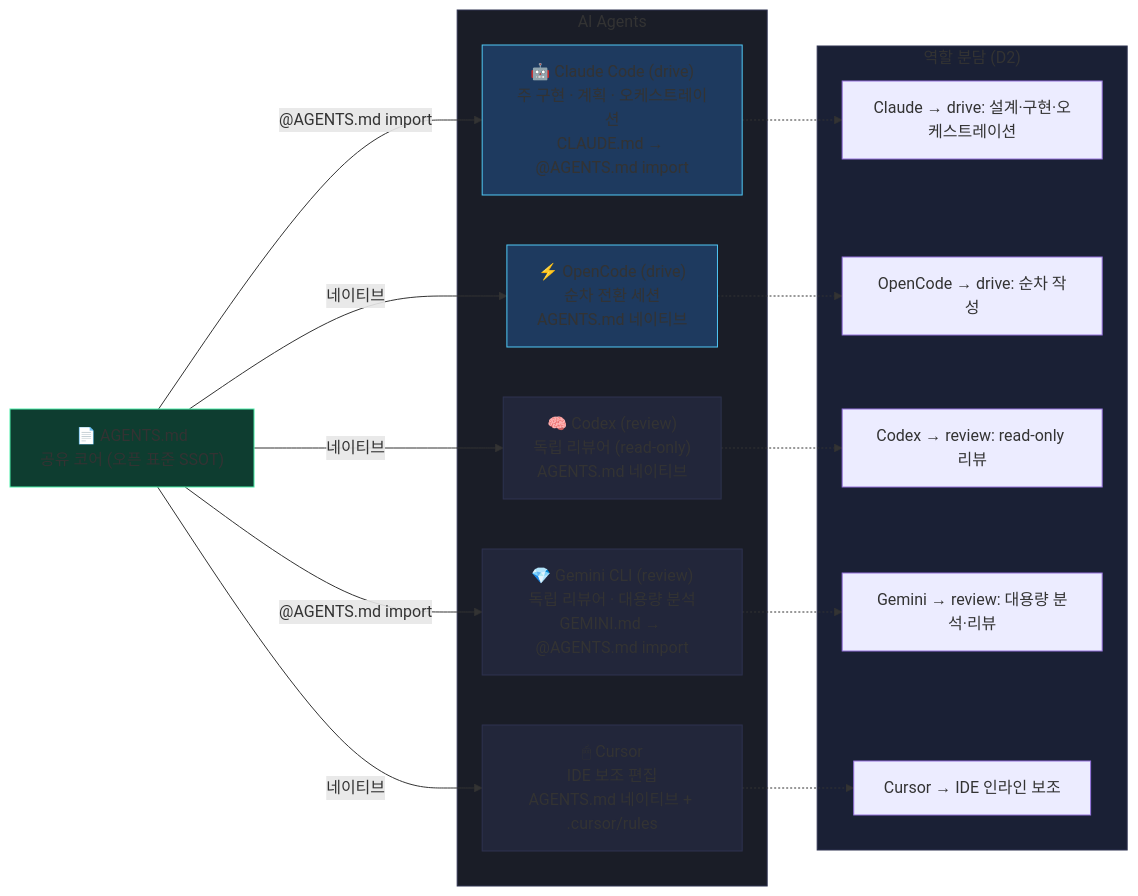
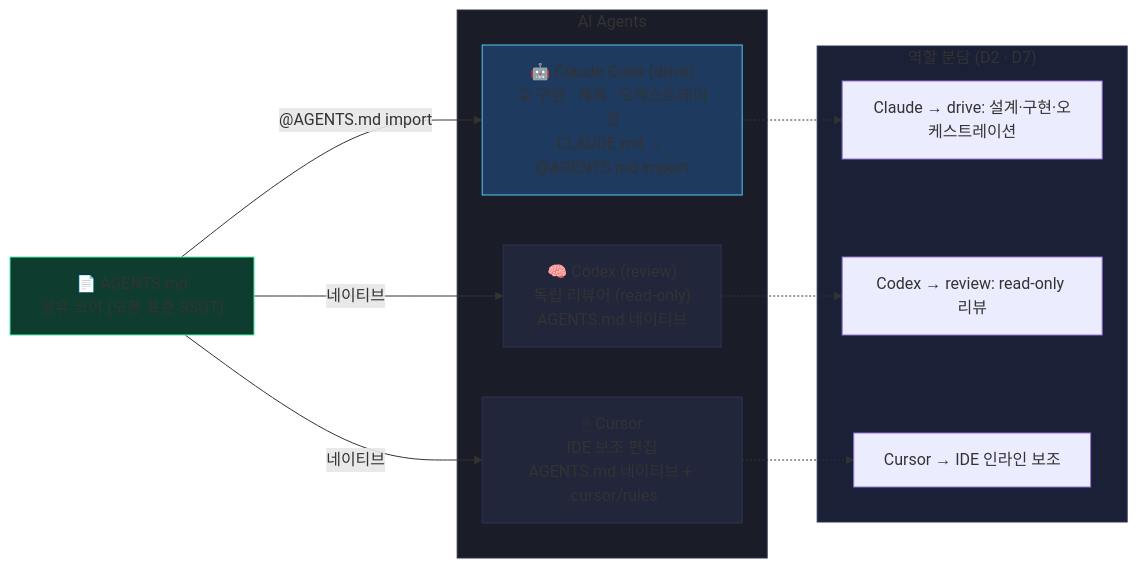
Before and after one commit to bd-makers/team-harness: the diagram in docs/diagrams/harness-overview/subagents.mmd, drawn with Mermaid. The commit also changed 121 other files, not shown here.

First line of the commit message:
feat!: apply 삭제·OpenCode/Gemini 멤버 제외(D7) + 2026-09-03 감사 발견 수정

```diff
--- a/docs/diagrams/harness-overview/subagents.mmd
+++ b/docs/diagrams/harness-overview/subagents.mmd
@@ -1,39 +1,29 @@
 graph LR
     SSOT["📄 AGENTS.md\n공유 코어 (오픈 표준 SSOT)"]
 
     subgraph AGENTS["AI Agents"]
         CLAUDE_A["🤖 Claude Code (drive)\n주 구현 · 계획 · 오케스트레이션\nCLAUDE.md → @AGENTS.md import"]
-        OPENCODE_A["⚡ OpenCode (drive)\n순차 전환 세션\nAGENTS.md 네이티브"]
         CODEX_A["🧠 Codex (review)\n독립 리뷰어 (read-only)\nAGENTS.md 네이티브"]
-        GEMINI_A["💎 Gemini CLI (review)\n독립 리뷰어 · 대용량 분석\nGEMINI.md → @AGENTS.md import"]
         CURSOR_A["🖱 Cursor\nIDE 보조 편집\nAGENTS.md 네이티브 + .cursor/rules"]
     end
 
-    subgraph ROLES["역할 분담 (D2)"]
+    subgraph ROLES["역할 분담 (D2 · D7)"]
         R1["Claude → drive: 설계·구현·오케스트레이션"]
-        R2["OpenCode → drive: 순차 작성"]
         R3["Codex → review: read-only 리뷰"]
-        R4["Gemini → review: 대용량 분석·리뷰"]
         R5["Cursor → IDE 인라인 보조"]
     end
 
     SSOT -->|"@AGENTS.md import"| CLAUDE_A
-    SSOT -->|네이티브| OPENCODE_A
     SSOT -->|네이티브| CODEX_A
-    SSOT -->|"@AGENTS.md import"| GEMINI_A
     SSOT -->|네이티브| CURSOR_A
 
     CLAUDE_A -.-> R1
-    OPENCODE_A -.-> R2
     CODEX_A -.-> R3
-    GEMINI_A -.-> R4
     CURSOR_A -.-> R5
 
     style SSOT fill:#0e3d30,stroke:#4df0aa
     style AGENTS fill:#1a1d27,stroke:#2e3350
     style ROLES fill:#1a2035,stroke:#2e3350
     style CLAUDE_A fill:#1e3a5f,stroke:#50c8f5
-    style OPENCODE_A fill:#1e3a5f,stroke:#50c8f5
     style CODEX_A fill:#22263a,stroke:#2e3350
-    style GEMINI_A fill:#22263a,stroke:#2e3350
     style CURSOR_A fill:#22263a,stroke:#2e3350
```
